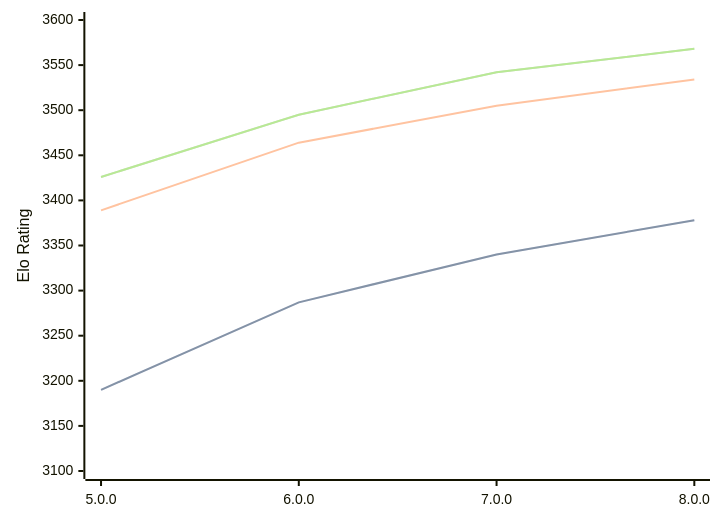
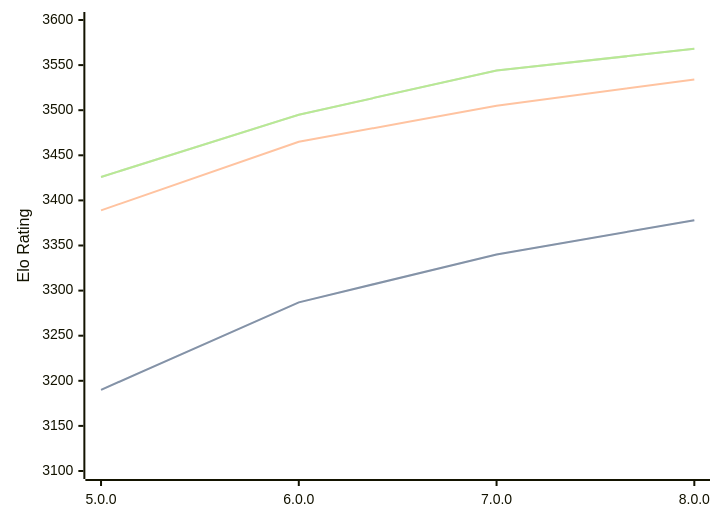
Before and after one commit to computer-chess-index/cci: the diagram in engines/Stormphrax.md, drawn with Mermaid. The commit also changed other lines of this file, not shown here.

Commit message:
Update CCI Ratings (ELO VLTC) - 2026-07-30

````diff
--- a/engines/Stormphrax.md
+++ b/engines/Stormphrax.md
@@ -39,11 +39,11 @@
 ```mermaid
 %%{init: {"theme":"base","themeVariables":{"seriesColors:['#a3a3a3','#222221','#faa371']}}}%%
 xychart-beta
   x-axis ["5.0.0", "6.0.0", "7.0.0", "8.0.0"]
   y-axis "Elo Rating" 3100 --> 3600
   line "STC (8.0+0.08s)" [3190, 3287, 3340, 3378]
   line "STC (8.0+0.08s)" [3190, 3287, 3340, 3378]
-  line "LTC (60.0+0.60s)" [3389, 3464, 3505, 3534]
-  line "VLTC (2m24s+1.12s)" [3426, 3495, 3542, 3568]
-  line "VLTC (2m24s+1.12s)" [3426, 3495, 3542, 3568]
+  line "LTC (60.0+0.60s)" [3389, 3465, 3505, 3534]
+  line "VLTC (2m24s+1.12s)" [3426, 3495, 3544, 3568]
+  line "VLTC (2m24s+1.12s)" [3426, 3495, 3544, 3568]
 ```
````
